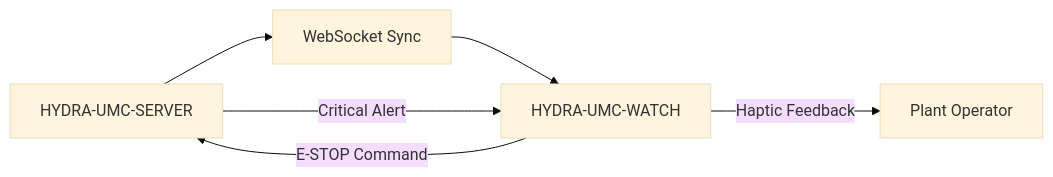
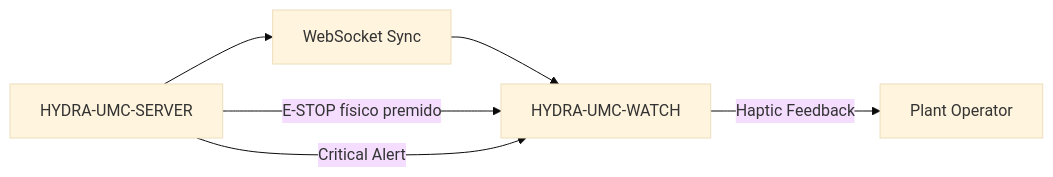
One commit to JuanenRac/HYDRA-UMC-WATCH changed the diagram in README_por.md. Above: the diagram before and after it, drawn with Mermaid (base theme). The commit also changed other lines of this file and 10 other files, not shown here.

Commit message:
Make clear that the watch never stops anything by itself and only confirms or warns of a physical E-STOP

````diff
--- a/README_por.md
+++ b/README_por.md
@@ -104,8 +104,8 @@
 ```mermaid
 flowchart LR
     SERVER["HYDRA-UMC-SERVER"] --> WS["WebSocket Sync"]
     WS --> WATCH["HYDRA-UMC-WATCH"]
-    WATCH -- E-STOP Command --> SERVER
+    SERVER -- E-STOP físico premido --> WATCH
     SERVER -- Critical Alert --> WATCH
     WATCH -- Haptic Feedback --> OPERATOR["Plant Operator"]
 ```
````
